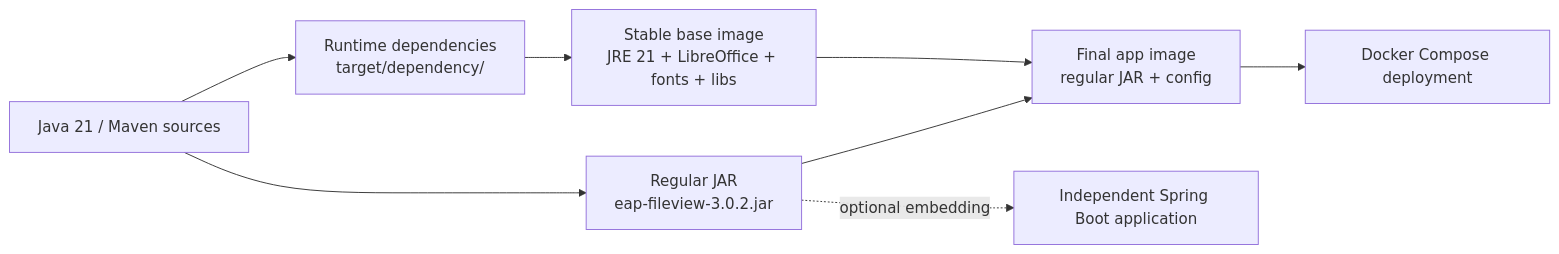
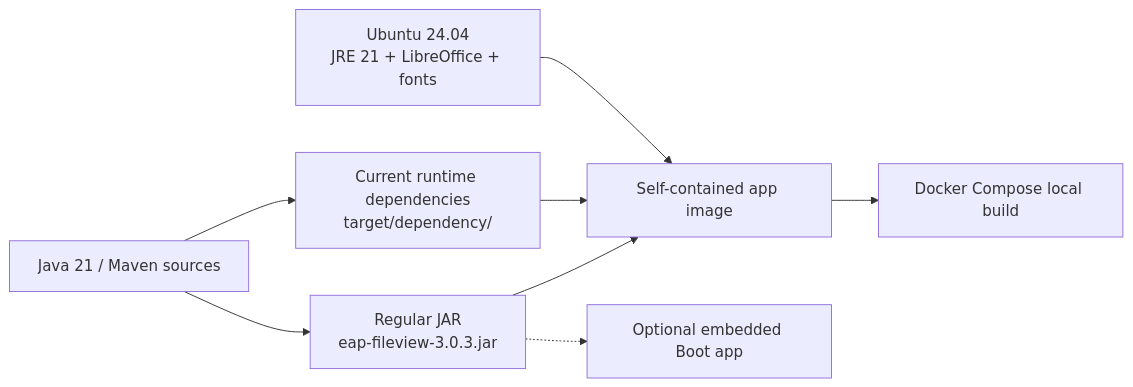
Before and after one commit to eaopen/eap-fileview: the diagram in README.md, drawn with Mermaid. The commit also changed other lines of this file and 13 other files, not shown here.

First line of the commit message:
build(fileview): upgrade Spring Boot 4.1.2 and aligned runtime dependencies (#4)

````diff
--- a/README.md
+++ b/README.md
@@ -57,10 +57,10 @@
 ```mermaid
 flowchart LR
-    src["Java 21 / Maven sources"] --> jar["Regular JAR<br/>eap-fileview-3.0.2.jar"]
-    src --> deps["Runtime dependencies<br/>target/dependency/"]
-    deps --> base["Stable base image<br/>JRE 21 + LibreOffice + fonts + libs"]
-    jar --> app["Final app image<br/>regular JAR + config"]
-    base --> app
-    jar -.->|"optional embedding"| consumer["Independent Spring Boot application"]
-    app --> compose["Docker Compose deployment"]
+    src["Java 21 / Maven sources"] --> jar["Regular JAR<br/>eap-fileview-3.0.3.jar"]
+    src --> deps["Current runtime dependencies<br/>target/dependency/"]
+    env["Ubuntu 24.04<br/>JRE 21 + LibreOffice + fonts"] --> app["Self-contained app image"]
+    deps --> app
+    jar --> app
+    jar -.-> consumer["Optional embedded Boot app"]
+    app --> compose["Docker Compose local build"]
 ```
````
